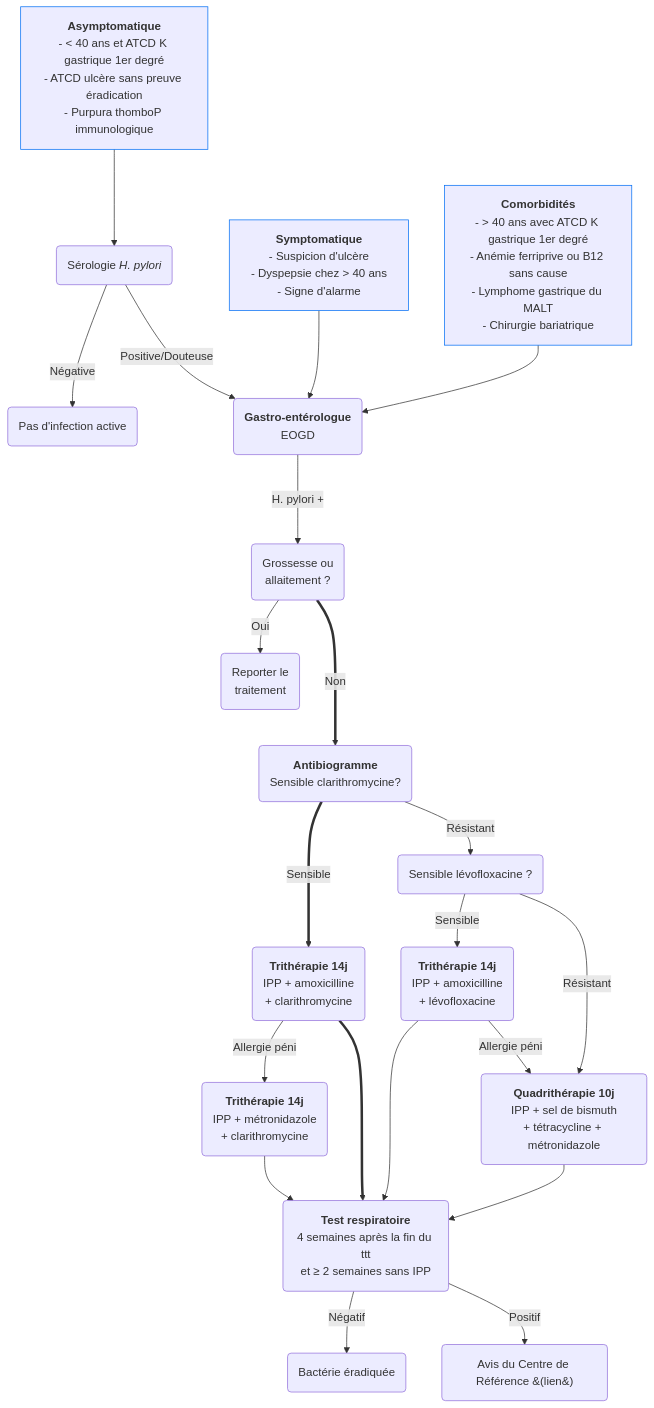
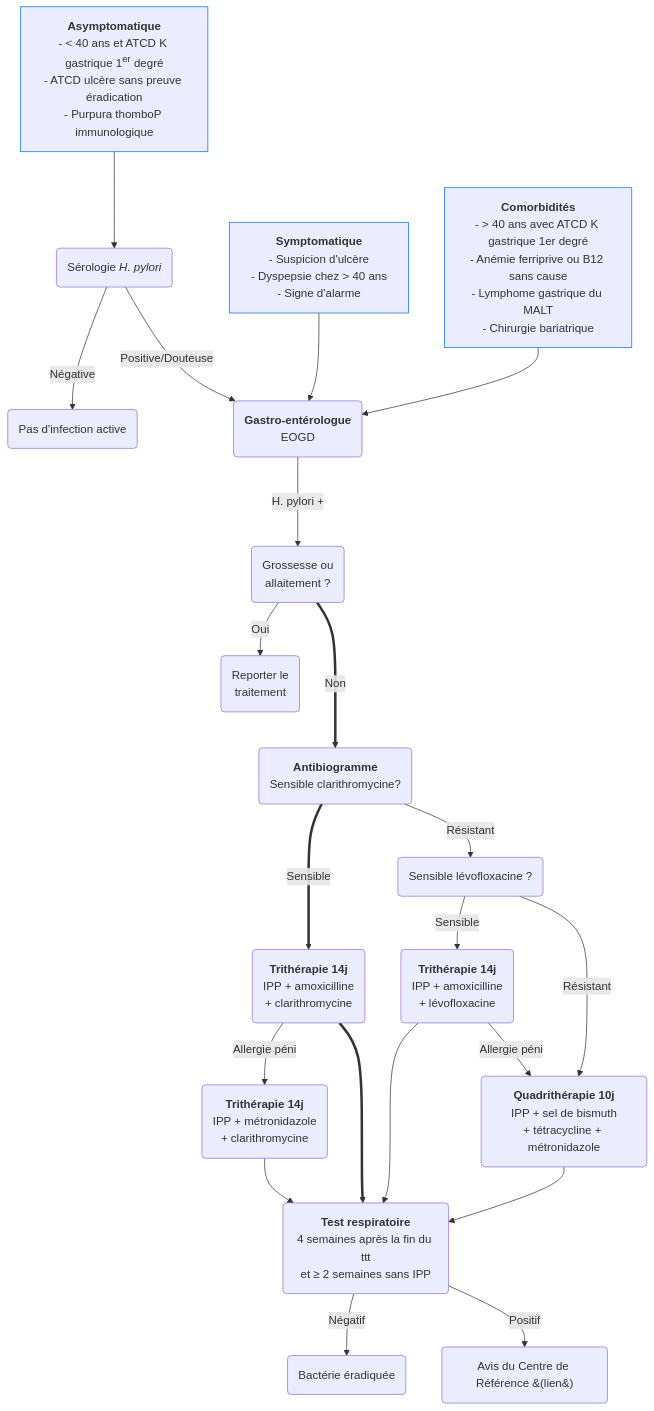
One commit to djibe/recommandations-medicales changed the first of 2 diagrams in content/recommandations/helicobacter-pylori.md. Above: the diagram before and after it, drawn with Mermaid. The commit also changed other lines of this file and 18 other files, not shown here.

```diff
--- a/content/recommandations/helicobacter-pylori.md
+++ b/content/recommandations/helicobacter-pylori.md
@@ -227,24 +228,24 @@
 {{< mermaid title="Conduite à tenir pour le traitement de Helicobacter pylori guidé par antibiogramme. Dr JB FRON d'après HAS/CNPHGE 2017 et GEFH 2019" >}}
 graph TB
-  asymptomatique["<b>Asymptomatique</b><br>- &lt; 40 ans et ATCD K gastrique 1er degré<br>- ATCD ulcère sans preuve éradication<br>- Purpura thomboP immunologique"] --> serologie("Sérologie <em>H. pylori</em>")
+  asymptomatique["<b>Asymptomatique</b><br>- &lt; 40 ans et ATCD K gastrique 1<sup>er</sup> degré<br>- ATCD ulcère sans preuve éradication<br>- Purpura thomboP immunologique"] --> serologie("Sérologie <em>H. pylori</em>")
   style asymptomatique stroke:#006ef4, stroke-width:1px
     serologie -- Négative --> indemne(Pas d'infection active)
     serologie -- Positive/Douteuse --> gastro
   suspicion["<b>Symptomatique</b><br>- Suspicion d'ulcère<br>- Dyspepsie chez &gt; 40 ans<br>- Signe d'alarme"] --> gastro("<b>Gastro-entérologue</b><br>EOGD")
   style suspicion stroke:#006ef4, stroke-width:1px
   suspect["<b>Comorbidités</b><br>- &gt; 40 ans avec ATCD K gastrique 1er degré<br>- Anémie ferriprive ou B12 sans cause<br>- Lymphome gastrique du MALT<br>- Chirurgie bariatrique"] --> gastro
   style suspect stroke:#006ef4, stroke-width:1px
     gastro -- H. pylori + ---> grossesse("Grossesse ou<br>allaitement ?")
       grossesse == Non ===> antibiogramme("<b>Antibiogramme</b><br>Sensible clarithromycine?")
         antibiogramme == Sensible ==> triAmox("<b>Trithérapie 14j</b><br>IPP + amoxicilline<br>+ clarithromycine")
           triAmox -- "Allergie péni" --> triAmoxAllergie("<b>Trithérapie 14j</b><br>IPP + métronidazole<br>+ clarithromycine") --> controle
           triAmox ===> controle("<b>Test respiratoire</b><br>4 semaines après la fin du ttt<br>et ≥ 2 semaines sans IPP")
         antibiogramme -- "Résistant" --> levofloS("Sensible lévofloxacine ?")
           levofloS -- Sensible --> levoflo("<b>Trithérapie 14j</b><br>IPP + amoxicilline<br>+ lévofloxacine") --> controle
             levoflo -- "Allergie péni" --> quadrit
           levofloS -- "Résistant" --> quadrit("<b>Quadrithérapie 10j</b><br>IPP + sel de bismuth<br>+ tétracycline + métronidazole") --> controle
           controle -- Négatif --> ok(Bactérie éradiquée)
           controle -- Positif --> avis("Avis du Centre de Référence &#40;lien&#41;")
             click avis "http://www.helicobacter.fr/acces-aux-professionnels-de-la-sante/rcp-gefh/" _blank
       grossesse -- Oui --> reporter("Reporter le<br>traitement")
 {{< /mermaid >}}
```
